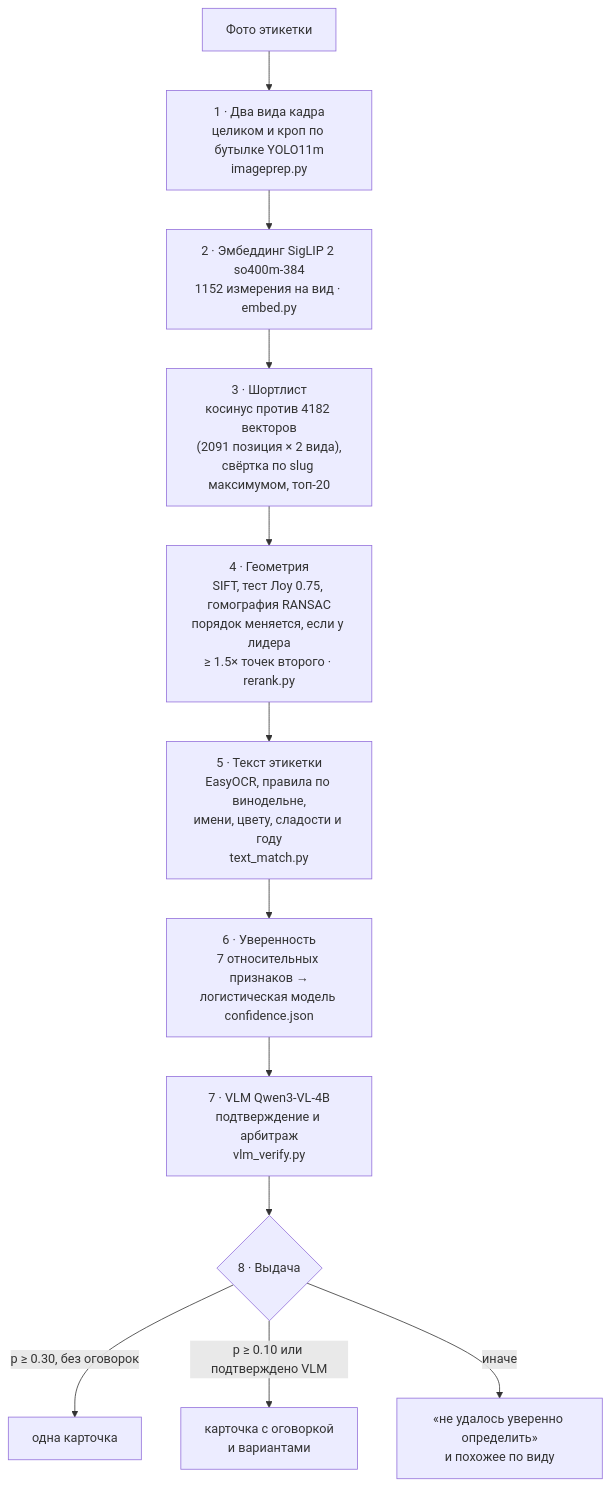
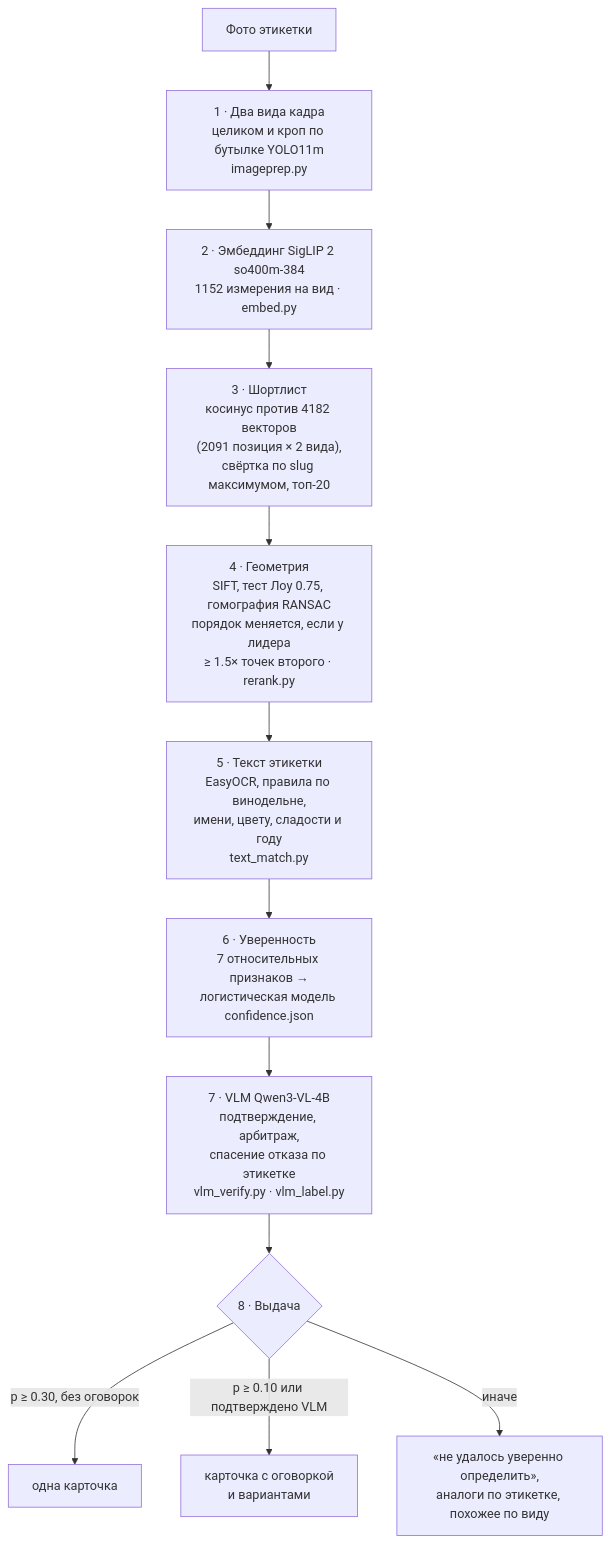
The second of 5 diagrams in ARCHITECTURE.md (AlexGvr/rus_vines), drawn with Mermaid before and after one commit. The commit also changed other lines of this file and 15 other files, not shown here.

````diff
--- a/ARCHITECTURE.md
+++ b/ARCHITECTURE.md
@@ -30,14 +30,14 @@
 ```mermaid
 flowchart TD
     photo["Фото этикетки"] --> views["1 · Два вида кадра<br/>целиком и кроп по бутылке YOLO11m<br/>imageprep.py"]
     views --> emb["2 · Эмбеддинг SigLIP 2 so400m-384<br/>1152 измерения на вид · embed.py"]
     emb --> short["3 · Шортлист<br/>косинус против 4182 векторов<br/>(2091 позиция × 2 вида),<br/>свёртка по slug максимумом, топ-20"]
     short --> geo["4 · Геометрия<br/>SIFT, тест Лоу 0.75, гомография RANSAC<br/>порядок меняется, если у лидера<br/>≥ 1.5× точек второго · rerank.py"]
     geo --> text["5 · Текст этикетки<br/>EasyOCR, правила по винодельне,<br/>имени, цвету, сладости и году<br/>text_match.py"]
     text --> conf["6 · Уверенность<br/>7 относительных признаков →<br/>логистическая модель confidence.json"]
-    conf --> vlm["7 · VLM Qwen3-VL-4B<br/>подтверждение и арбитраж<br/>vlm_verify.py"]
+    conf --> vlm["7 · VLM Qwen3-VL-4B<br/>подтверждение, арбитраж,<br/>спасение отказа по этикетке<br/>vlm_verify.py · vlm_label.py"]
     vlm --> out{"8 · Выдача"}
     out -->|"p ≥ 0.30, без оговорок"| c1["одна карточка"]
     out -->|"p ≥ 0.10 или подтверждено VLM"| c2["карточка с оговоркой<br/>и вариантами"]
-    out -->|"иначе"| c3["«не удалось уверенно определить»<br/>и похожее по виду"]
+    out -->|"иначе"| c3["«не удалось уверенно определить»,<br/>аналоги по этикетке, похожее по виду"]
 ```
````
